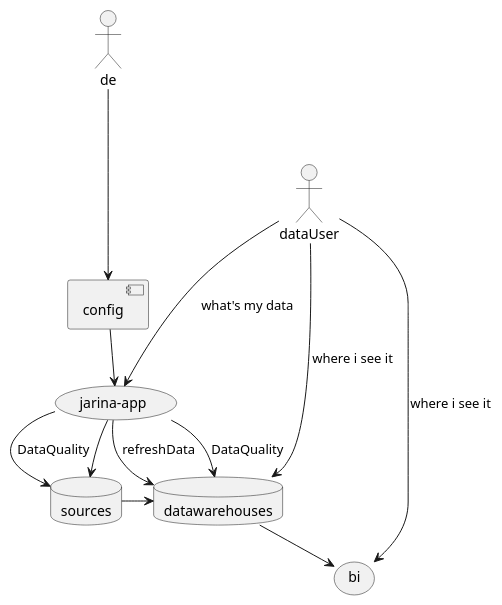
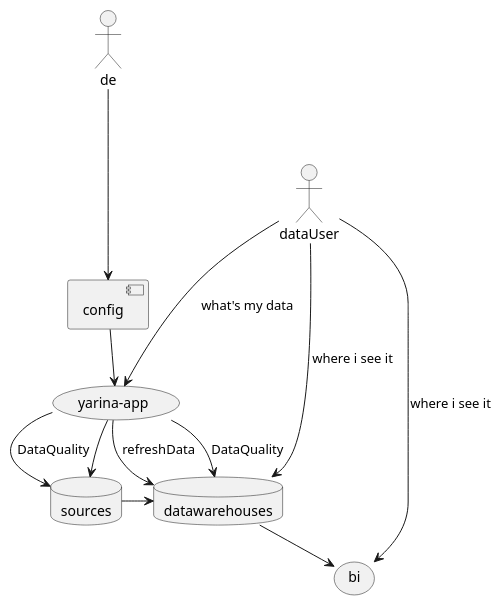
The diagram in doc-ru/nexttimedev/uml/datacatalog.puml (zaytsevdmitry/lakehouse), drawn with PlantUML before and after one commit. The commit also changed 2174 other files, not shown here.

```diff
--- a/doc-ru/nexttimedev/uml/datacatalog.puml
+++ b/doc-ru/nexttimedev/uml/datacatalog.puml
@@ -1,25 +1,25 @@
 @startuml
 'https://plantuml.com/use-case-diagram
 !pragma layout smetana
 
 database datawarehouses
 database sources
 
 de ---->   [config]
-[config] --> (jarina-app)
+[config] --> (yarina-app)
 
-(jarina-app) --> sources
-(jarina-app) --> datawarehouses: refreshData
-(jarina-app) --> datawarehouses: DataQuality
-(jarina-app) --> sources: DataQuality
+(yarina-app) --> sources
+(yarina-app) --> datawarehouses: refreshData
+(yarina-app) --> datawarehouses: DataQuality
+(yarina-app) --> sources: DataQuality
 
 
 
 datawarehouses --> (bi)
 sources -> datawarehouses
 
-dataUser ---> (jarina-app):what's my data
+dataUser ---> (yarina-app):what's my data
 dataUser ---> datawarehouses:where i see it
 dataUser ---> bi:where i see it
 
 @enduml
```
